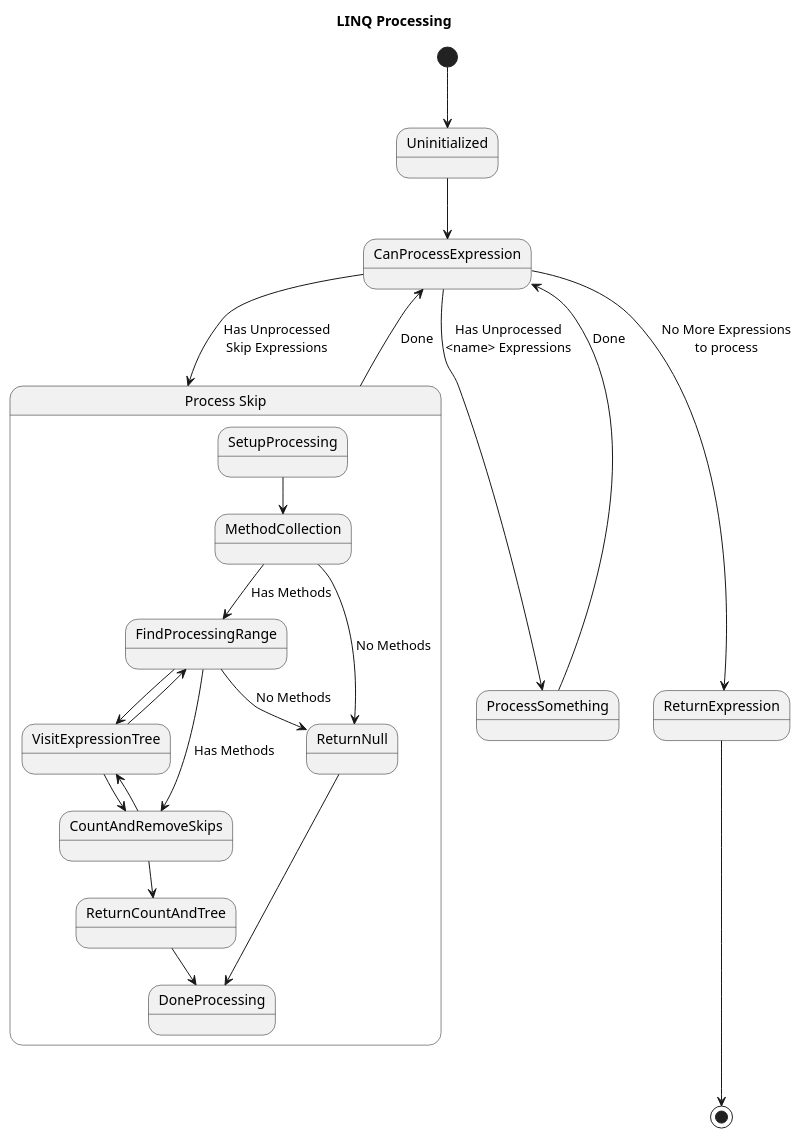
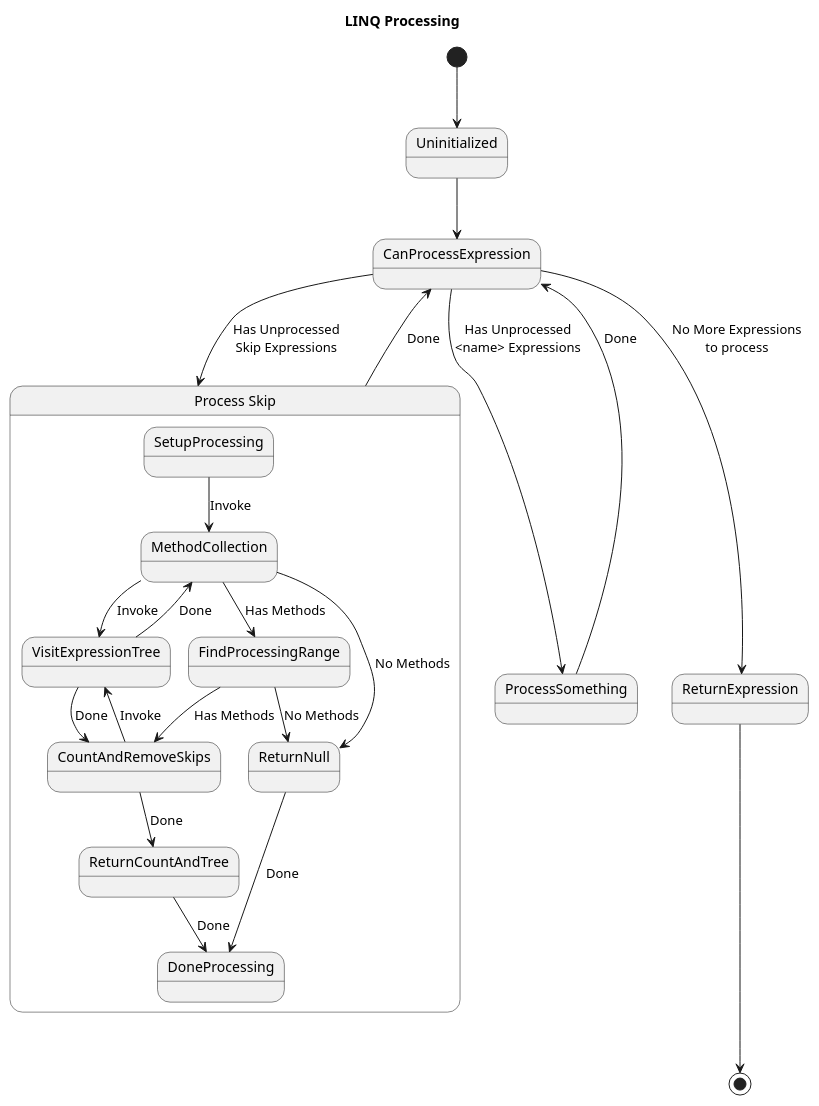
One commit to rcmaniac25/stethoscope changed the diagram in Docs/LisStorageEvaluatorLINQStates.puml. Above: the diagram before and after it, drawn with PlantUML. The commit also changed 4 other files, not shown here.

```diff
--- a/Docs/LisStorageEvaluatorLINQStates.puml
+++ b/Docs/LisStorageEvaluatorLINQStates.puml
@@ -1,40 +1,40 @@
 @startuml
 
 title LINQ Processing
 
 [*] --> Uninitialized
 Uninitialized --> CanProcessExpression
 
 state ProcessSkip
 CanProcessExpression --> ProcessSkip : Has Unprocessed\nSkip Expressions
 
 state "Process Skip" as ProcessSkip {
-  SetupProcessing --> MethodCollection
+  SetupProcessing --> MethodCollection : Invoke
+
+  MethodCollection --> VisitExpressionTree : Invoke
+  VisitExpressionTree --> MethodCollection : Done
 
   MethodCollection --> FindProcessingRange : Has Methods
   MethodCollection --> ReturnNull : No Methods
   
-  FindProcessingRange --> VisitExpressionTree
-  VisitExpressionTree --> FindProcessingRange
-
   FindProcessingRange --> CountAndRemoveSkips : Has Methods
   FindProcessingRange --> ReturnNull : No Methods
   
-  CountAndRemoveSkips --> VisitExpressionTree
-  VisitExpressionTree --> CountAndRemoveSkips
+  CountAndRemoveSkips --> VisitExpressionTree : Invoke
+  VisitExpressionTree --> CountAndRemoveSkips : Done
 
-  CountAndRemoveSkips --> ReturnCountAndTree
+  CountAndRemoveSkips --> ReturnCountAndTree : Done
   
-  ReturnNull --> DoneProcessing
-  ReturnCountAndTree --> DoneProcessing
+  ReturnNull --> DoneProcessing : Done
+  ReturnCountAndTree --> DoneProcessing : Done
 }
 
 ProcessSkip --> CanProcessExpression : Done
 
 CanProcessExpression --> ProcessSomething : Has Unprocessed\n<name> Expressions
 ProcessSomething --> CanProcessExpression : Done
 
 CanProcessExpression --> ReturnExpression : No More Expressions\nto process
 ReturnExpression --> [*]
 
 @enduml
```
